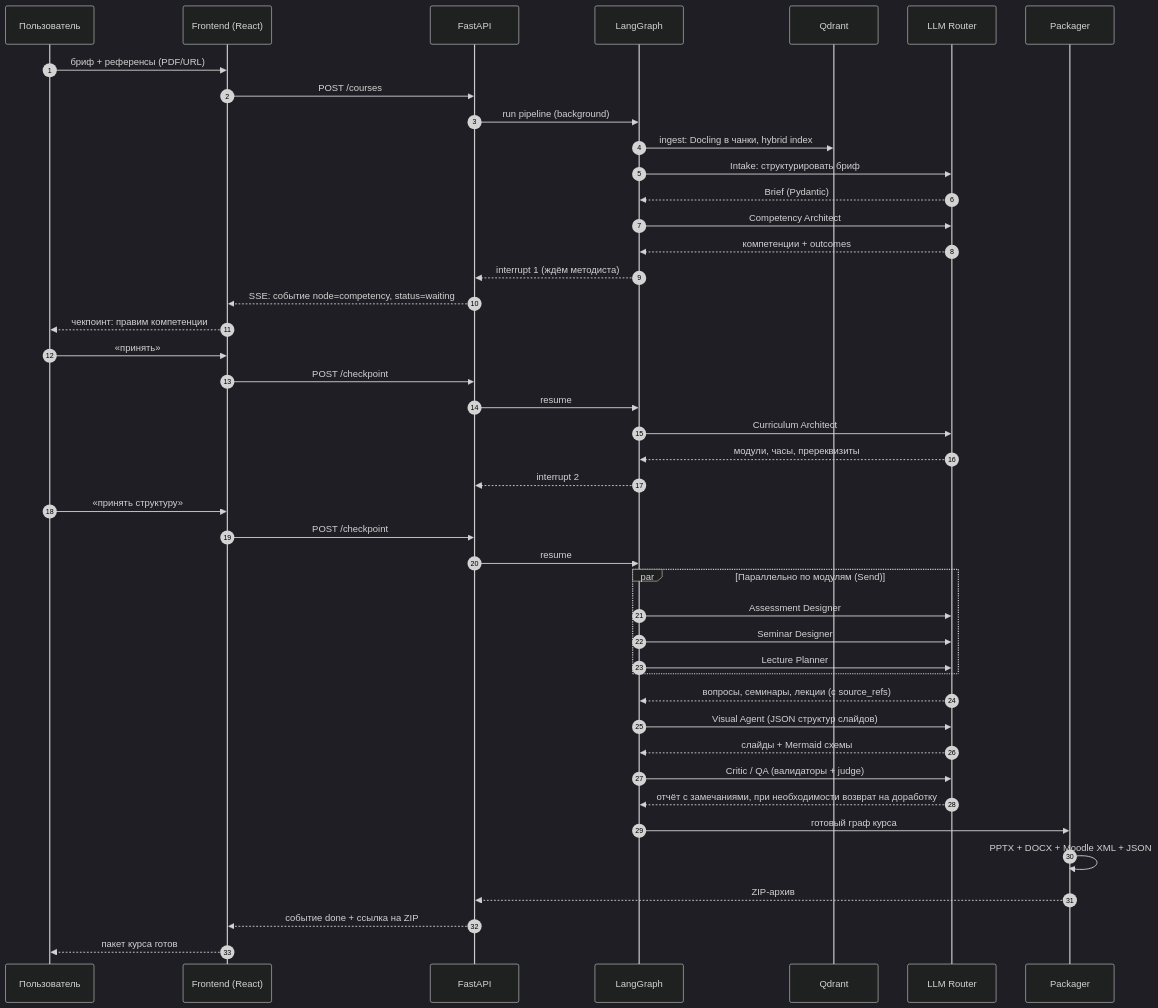
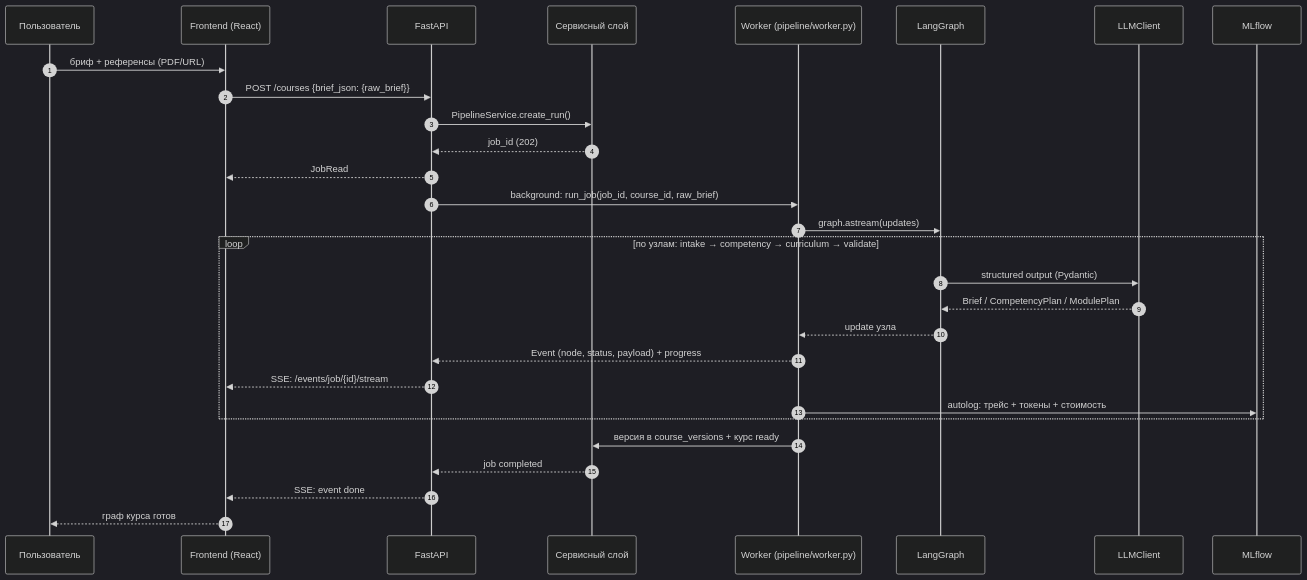
Before and after one commit to kostIT13/ai-agent-create-educational-programs: the diagram in diagrams/data-flow.mmd, drawn with Mermaid (dark theme). The commit also changed 12 other files, not shown here.

Commit message:
update diagrams: add new pipeline, mcp, observability

```diff
--- a/diagrams/data-flow.mmd
+++ b/diagrams/data-flow.mmd
@@ -1,48 +1,33 @@
 %% ============================================================
-%% Диаграмма 9: Поток данных — от брифа до ZIP-пакета
+%% Диаграмма 9: Поток данных — от брифа до готового курса
 %% ============================================================
 sequenceDiagram
     autonumber
     participant U as Пользователь
     participant FE as Frontend (React)
     participant API as FastAPI
+    participant SVC as Сервисный слой
+    participant WK as Worker (pipeline/worker.py)
     participant LG as LangGraph
-    participant RAG as Qdrant
-    participant LLM as LLM Router
-    participant PKG as Packager
+    participant LLM as LLMClient
+    participant MLF as MLflow
 
     U->>FE: бриф + референсы (PDF/URL)
-    FE->>API: POST /courses
-    API->>LG: run pipeline (background)
-    LG->>RAG: ingest: Docling в чанки, hybrid index
-    LG->>LLM: Intake: структурировать бриф
-    LLM-->>LG: Brief (Pydantic)
-    LG->>LLM: Competency Architect
-    LLM-->>LG: компетенции + outcomes
-    LG-->>API: interrupt 1 (ждём методиста)
-    API-->>FE: SSE: событие node=competency, status=waiting
-    FE-->>U: чекпоинт: правим компетенции
-    U->>FE: «принять»
-    FE->>API: POST /checkpoint
-    API->>LG: resume
-    LG->>LLM: Curriculum Architect
-    LLM-->>LG: модули, часы, пререквизиты
-    LG-->>API: interrupt 2
-    U->>FE: «принять структуру»
-    FE->>API: POST /checkpoint
-    API->>LG: resume
-    par Параллельно по модулям (Send)
-        LG->>LLM: Assessment Designer
-        LG->>LLM: Seminar Designer
-        LG->>LLM: Lecture Planner
+    FE->>API: POST /courses {brief_json: {raw_brief}}
+    API->>SVC: PipelineService.create_run()
+    SVC-->>API: job_id (202)
+    API-->>FE: JobRead
+    API->>WK: background: run_job(job_id, course_id, raw_brief)
+    WK->>LG: graph.astream(updates)
+    loop по узлам: intake → competency → curriculum → validate
+        LG->>LLM: structured output (Pydantic)
+        LLM-->>LG: Brief / CompetencyPlan / ModulePlan
+        LG-->>WK: update узла
+        WK-->>API: Event (node, status, payload) + progress
+        API-->>FE: SSE: /events/job/{id}/stream
+        WK->>MLF: autolog: трейс + токены + стоимость
     end
-    LLM-->>LG: вопросы, семинары, лекции (с source_refs)
-    LG->>LLM: Visual Agent (JSON структур слайдов)
-    LLM-->>LG: слайды + Mermaid схемы
-    LG->>LLM: Critic / QA (валидаторы + judge)
-    LLM-->>LG: отчёт с замечаниями, при необходимости возврат на доработку
-    LG->>PKG: готовый граф курса
-    PKG->>PKG: PPTX + DOCX + Moodle XML + JSON
-    PKG-->>API: ZIP-архив
-    API-->>FE: событие done + ссылка на ZIP
-    FE-->>U: пакет курса готов
+    WK->>SVC: версия в course_versions + курс ready
+    SVC-->>API: job completed
+    API-->>FE: SSE: event done
+    FE-->>U: граф курса готов
```
